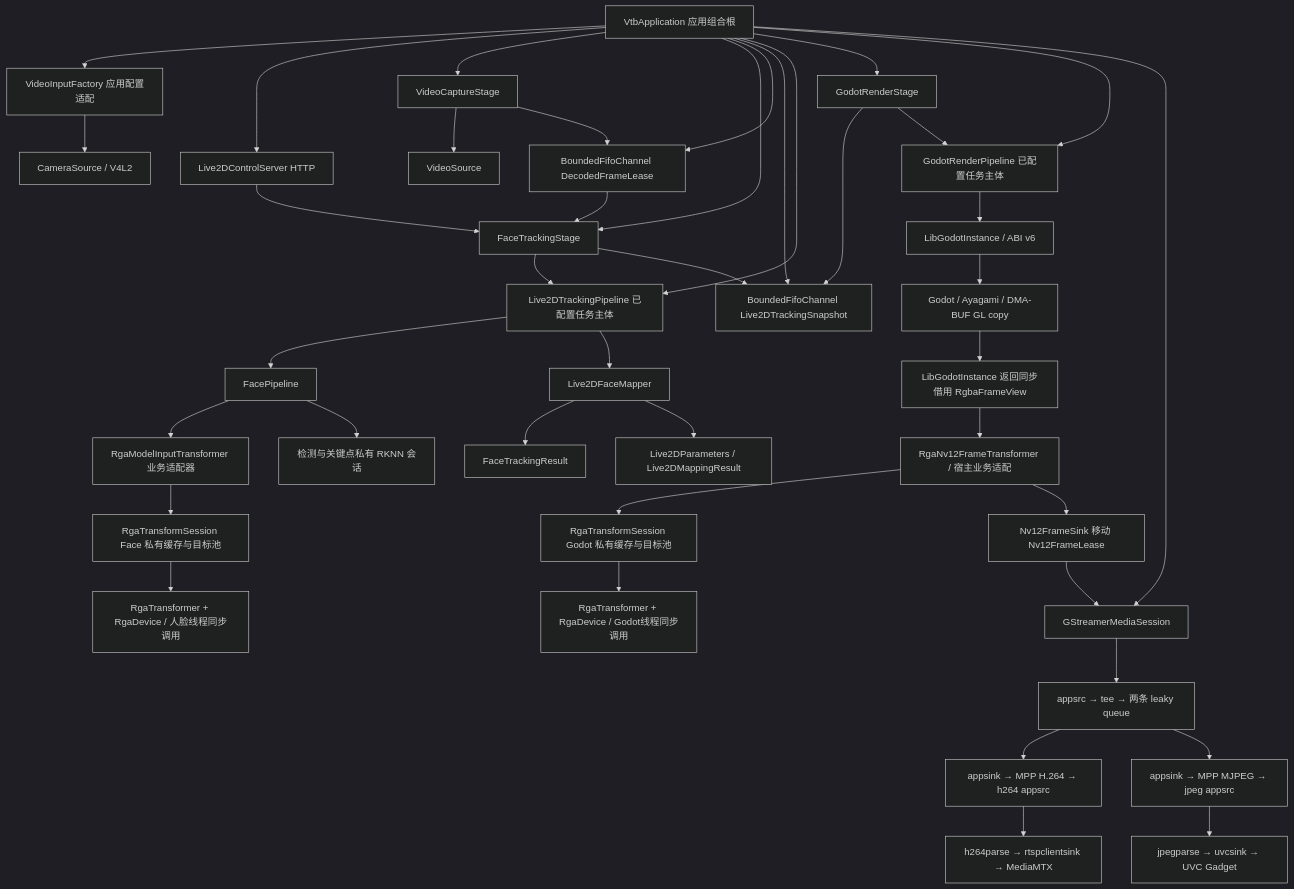
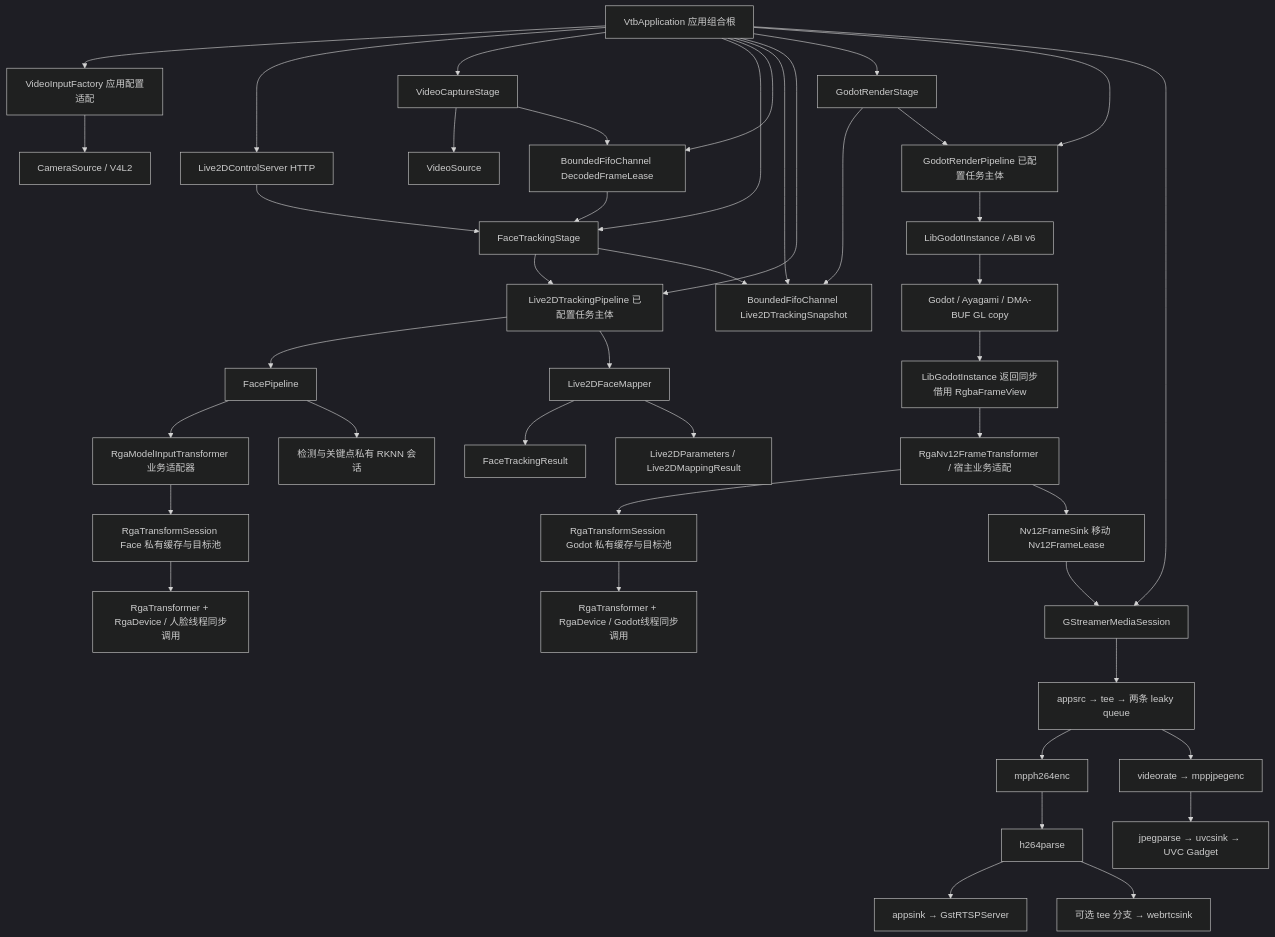
One commit to ytnxneydhsx/VTB changed the diagram in docs/module-boundaries.md. Above: the diagram before and after it, drawn with Mermaid (dark theme). The commit also changed other lines of this file and 28 other files, not shown here.

Commit message:
feat(live2d): serve RTSP and WebRTC with GStreamer

````diff
--- a/docs/module-boundaries.md
+++ b/docs/module-boundaries.md
@@ -22,43 +22,45 @@
 ```mermaid
 flowchart TB
     App[VtbApplication 应用组合根] --> Factory[VideoInputFactory 应用配置适配]
     Factory --> Capture[CameraSource / V4L2]
     App --> Control[Live2DControlServer HTTP]
     App --> CaptureStage[VideoCaptureStage]
     App --> FaceStage[FaceTrackingStage]
     App --> FrameChannel[BoundedFifoChannel DecodedFrameLease]
     App --> TrackingChannel[BoundedFifoChannel Live2DTrackingSnapshot]
     Control --> FaceStage
     CaptureStage --> Video[VideoSource]
     CaptureStage --> FrameChannel
     FrameChannel --> FaceStage
     App --> TrackingPipeline[Live2DTrackingPipeline 已配置任务主体]
     FaceStage --> TrackingPipeline
     TrackingPipeline --> Face[FacePipeline]
     Face --> RgaAdapter[RgaModelInputTransformer 业务适配器]
     RgaAdapter --> FaceSession[RgaTransformSession Face 私有缓存与目标池]
     Face --> RknnSessions[检测与关键点私有 RKNN 会话]
     TrackingPipeline --> Mapper[Live2DFaceMapper]
     FaceStage --> TrackingChannel
     Mapper --> FaceData[FaceTrackingResult]
     Mapper --> Values[Live2DParameters / Live2DMappingResult]
     App --> GodotStage[GodotRenderStage]
     App --> GodotPipeline[GodotRenderPipeline 已配置任务主体]
     GodotStage --> TrackingChannel
     GodotStage --> GodotPipeline
     GodotPipeline --> Godot[LibGodotInstance / ABI v6]
     Godot --> Render[Godot / Ayagami / DMA-BUF GL copy]
     Render --> RgbaView[LibGodotInstance 返回同步借用 RgbaFrameView]
     RgbaView --> Rga[RgaNv12FrameTransformer / 宿主业务适配]
     Rga --> GodotSession[RgaTransformSession Godot 私有缓存与目标池]
     FaceSession --> FaceRga[RgaTransformer + RgaDevice / 人脸线程同步调用]
     GodotSession --> GodotRga[RgaTransformer + RgaDevice / Godot线程同步调用]
     Rga --> Nv12Sink[Nv12FrameSink 移动 Nv12FrameLease]
     App --> Media[GStreamerMediaSession]
     Nv12Sink --> Media
     Media --> GstRaw[appsrc → tee → 两条 leaky queue]
-    GstRaw --> H264[appsink → MPP H.264 → h264 appsrc]
-    GstRaw --> Mjpeg[appsink → MPP MJPEG → jpeg appsrc]
-    H264 --> Network[h264parse → rtspclientsink → MediaMTX]
+    GstRaw --> H264[mpph264enc]
+    GstRaw --> Mjpeg[videorate → mppjpegenc]
+    H264 --> H264Parser[h264parse]
+    H264Parser --> Network[appsink → GstRTSPServer]
+    H264Parser --> WebRTC[可选 tee 分支 → webrtcsink]
     Mjpeg --> Uvc[jpegparse → uvcsink → UVC Gadget]
 ```
````
